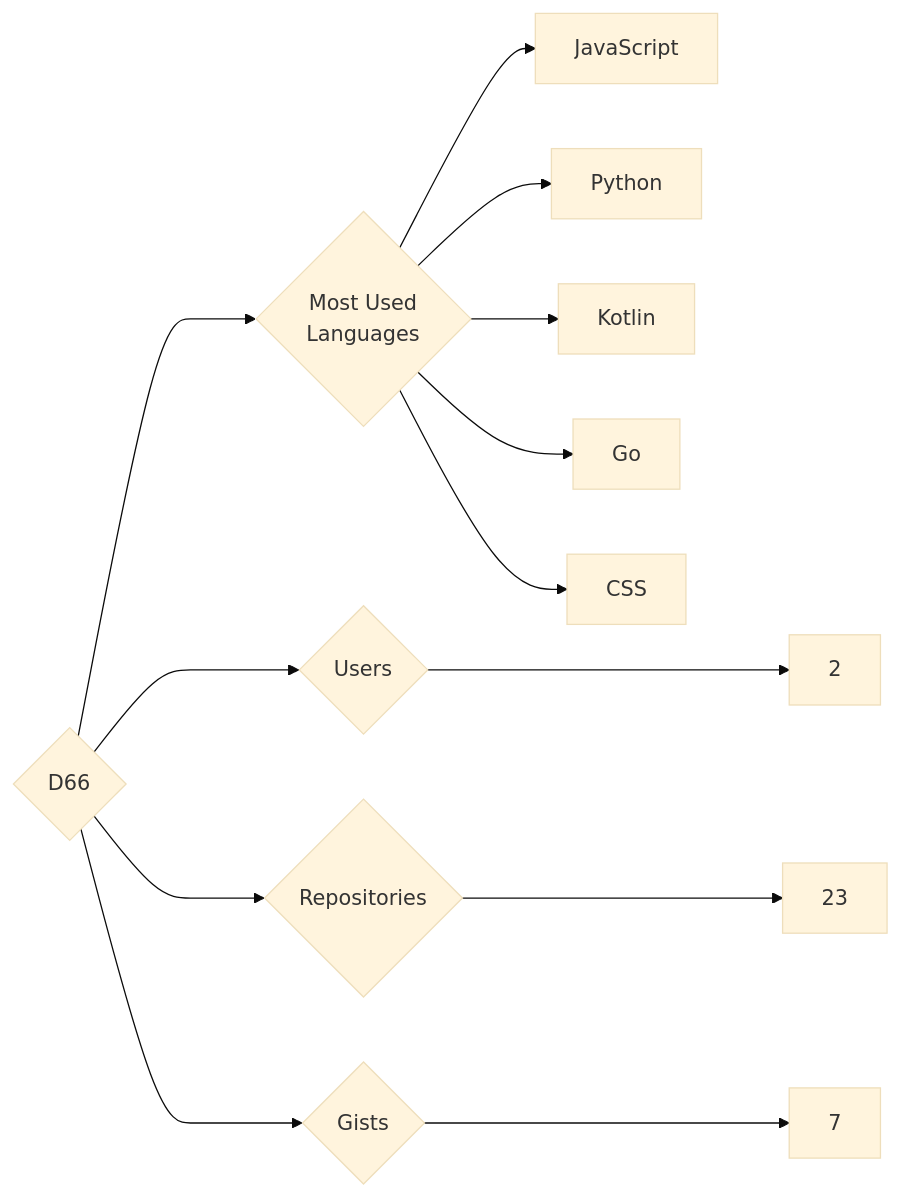
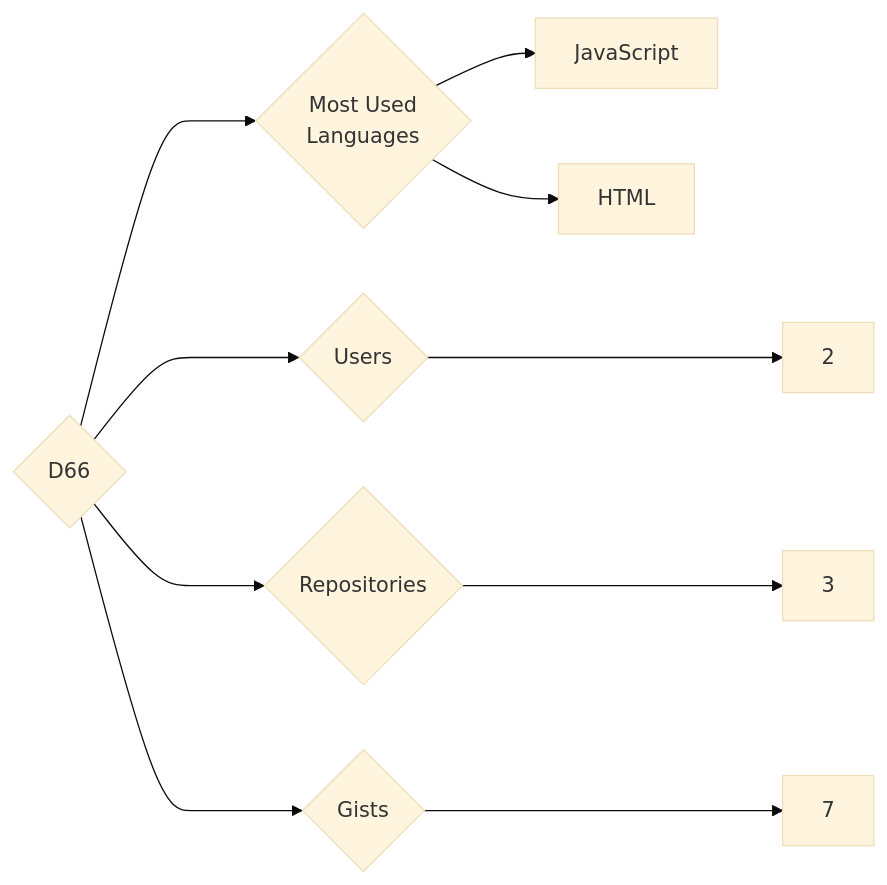
One commit to trickest/insiders changed the diagram in targets/D66/README.md. Above: the diagram before and after it, drawn with Mermaid (base theme). The commit also changed 718 other files, not shown here.

````diff
--- a/targets/D66/README.md
+++ b/targets/D66/README.md
@@ -3,13 +3,10 @@
 ```mermaid
 graph LR
 COMPANY_NAME{D66}
 COMPANY_NAME ---> U{Users} ---> UN[2]
-COMPANY_NAME ---> R{Repositories} ---> RN[23]
+COMPANY_NAME ---> R{Repositories} ---> RN[3]
 COMPANY_NAME ---> G{Gists} ---> GN[7]
 COMPANY_NAME ---> ML{Most Used<br>Languages}
 ML --> JavaScript[JavaScript]
-ML --> Python[Python]
-ML --> Kotlin[Kotlin]
-ML --> Go[Go]
-ML --> CSS[CSS]
+ML --> HTML[HTML]
 ```
````
